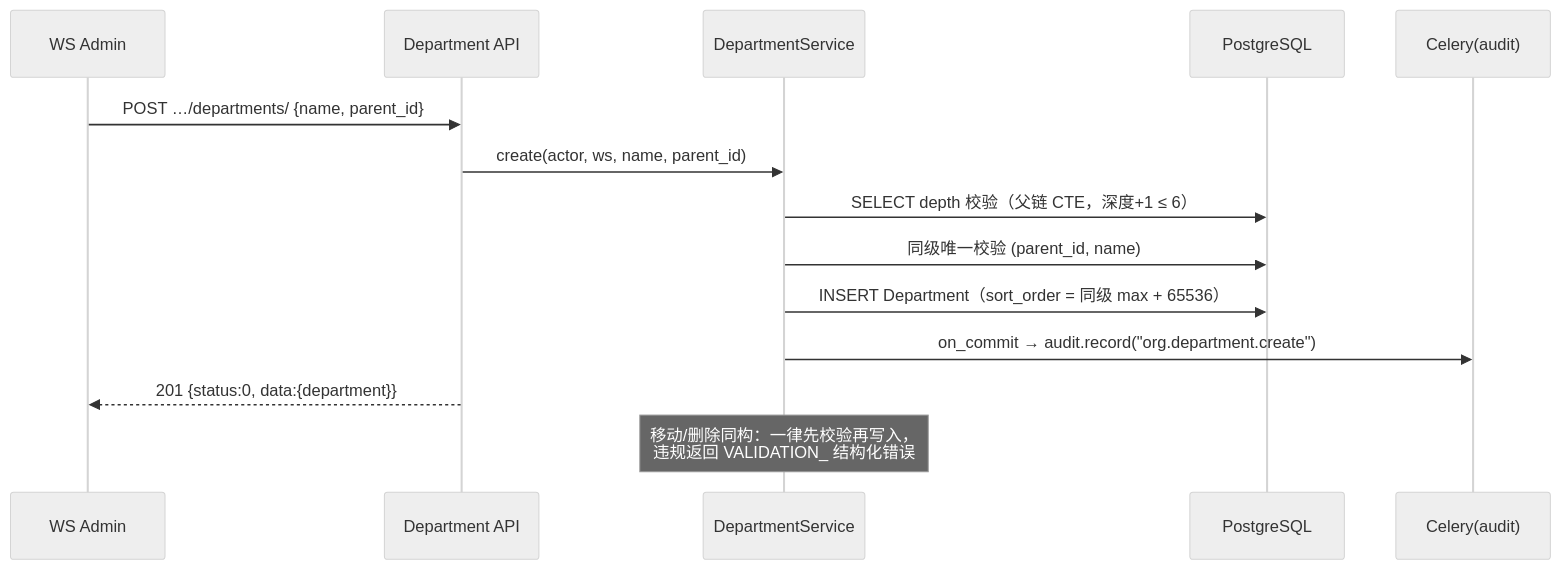
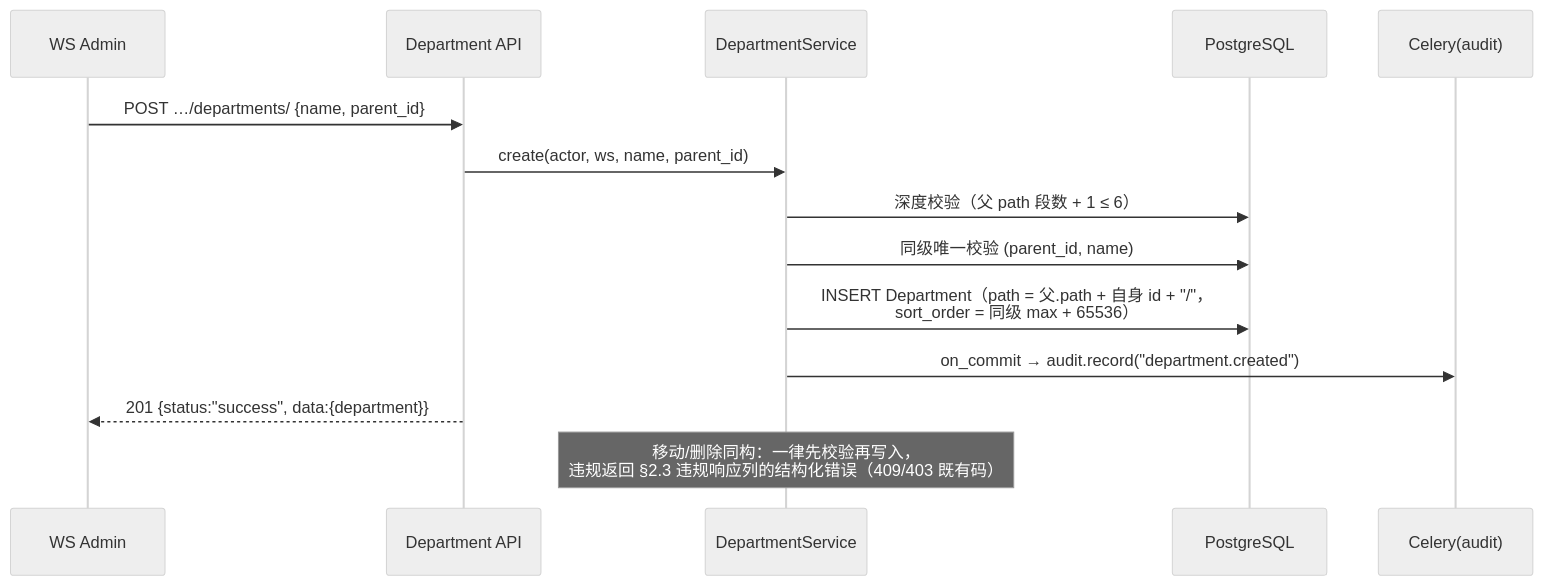
Before and after one commit to RabbitAI-Lab/RabbitProjects: the second of 3 diagrams in docs/sprint-8-enterprise-org/AUTH-007-org-structure.md, drawn with Mermaid (neutral theme). The commit also changed other lines of this file and 13 other files, not shown here.

````diff
--- a/docs/sprint-8-enterprise-org/AUTH-007-org-structure.md
+++ b/docs/sprint-8-enterprise-org/AUTH-007-org-structure.md
@@ -106,17 +106,17 @@
 ```mermaid
 sequenceDiagram
     participant A as WS Admin
     participant API as Department API
     participant S as DepartmentService
     participant DB as PostgreSQL
     participant Q as Celery(audit)
 
     A->>API: POST …/departments/ {name, parent_id}
     API->>S: create(actor, ws, name, parent_id)
-    S->>DB: SELECT depth 校验（父链 CTE，深度+1 ≤ 6）
+    S->>DB: 深度校验（父 path 段数 + 1 ≤ 6）
     S->>DB: 同级唯一校验 (parent_id, name)
-    S->>DB: INSERT Department（sort_order = 同级 max + 65536）
-    S->>Q: on_commit → audit.record("org.department.create")
-    API-->>A: 201 {status:0, data:{department}}
-    Note over S: 移动/删除同构：一律先校验再写入，<br/>违规返回 VALIDATION_ 结构化错误
+    S->>DB: INSERT Department（path = 父.path + 自身 id + "/"，<br/>sort_order = 同级 max + 65536）
+    S->>Q: on_commit → audit.record("department.created")
+    API-->>A: 201 {status:"success", data:{department}}
+    Note over S: 移动/删除同构：一律先校验再写入，<br/>违规返回 §2.3 违规响应列的结构化错误（409/403 既有码）
 ```
````
